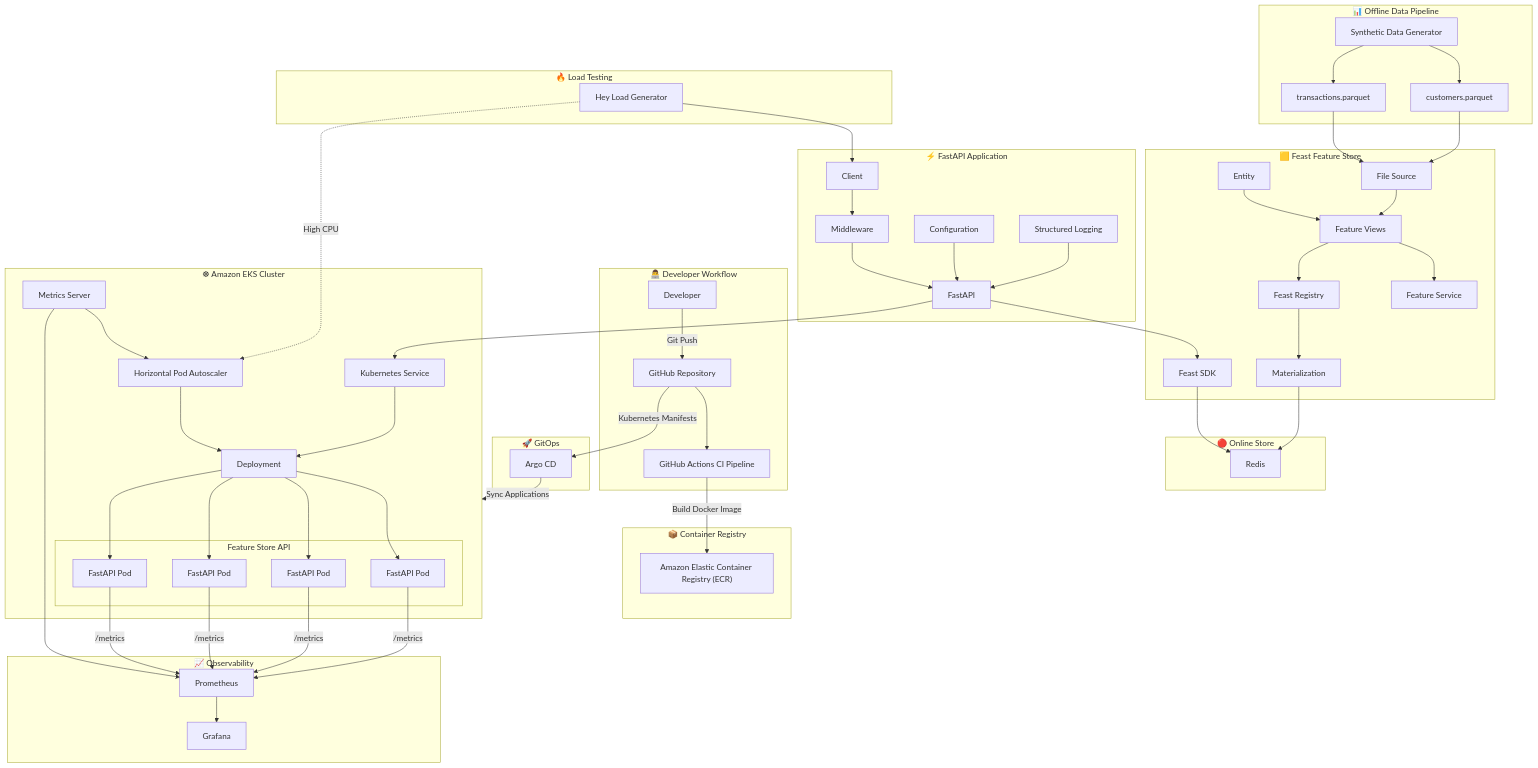
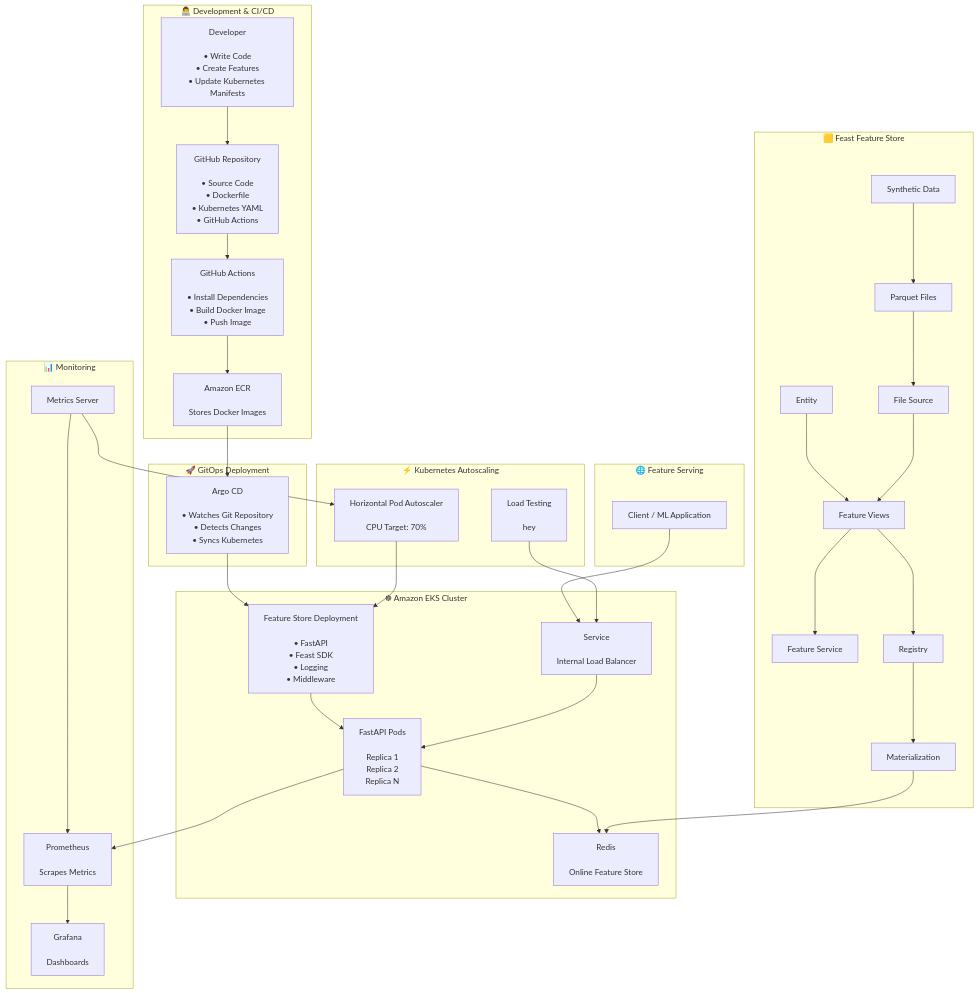
The diagram in 1.md (kornurabindranath-ctrl/MLOPS), drawn with Mermaid before and after one commit.

````diff
--- a/1.md
+++ b/1.md
@@ -9,233 +9,183 @@
 ```mermaid
 flowchart TB
 
-%% ============================
-%% Developer & CI/CD
-%% ============================
+%% =====================================================
+%% DEVELOPMENT
+%% =====================================================
 
-subgraph DEV["👨‍💻 Developer Workflow"]
+subgraph DEV["👨‍💻 Development & CI/CD"]
 
-DEV1["Developer"]
+A["Developer
 
-GIT["GitHub Repository"]
+• Write Code
+• Create Features
+• Update Kubernetes Manifests"]
 
-CI["GitHub Actions CI Pipeline"]
+B["GitHub Repository
 
-DEV1 -->|Git Push| GIT
+• Source Code
+• Dockerfile
+• Kubernetes YAML
+• GitHub Actions"]
 
-GIT --> CI
+C["GitHub Actions
+
+• Install Dependencies
+• Build Docker Image
+• Push Image"]
+
+D["Amazon ECR
+
+Stores Docker Images"]
+
+A --> B
+B --> C
+C --> D
 
 end
 
 
-%% ============================
-%% Container Registry
-%% ============================
+%% =====================================================
+%% GITOPS
+%% =====================================================
 
-subgraph REG["📦 Container Registry"]
+subgraph GITOPS["🚀 GitOps Deployment"]
 
-ECR["Amazon Elastic Container Registry (ECR)"]
+E["Argo CD
+
+• Watches Git Repository
+• Detects Changes
+• Syncs Kubernetes"]
 
 end
 
-CI -->|Build Docker Image| ECR
+D --> E
 
 
-%% ============================
-%% GitOps
-%% ============================
+%% =====================================================
+%% KUBERNETES
+%% =====================================================
 
-subgraph GITOPS["🚀 GitOps"]
+subgraph K8S["☸ Amazon EKS Cluster"]
 
-ARGO["Argo CD"]
+F["Feature Store Deployment
+
+• FastAPI
+• Feast SDK
+• Logging
+• Middleware"]
+
+G["FastAPI Pods
+
+Replica 1
+Replica 2
+Replica N"]
+
+H["Redis
+
+Online Feature Store"]
+
+I["Service
+
+Internal Load Balancer"]
+
+F --> G
+G --> H
+I --> G
 
 end
 
-GIT -->|Kubernetes Manifests| ARGO
-
-ARGO -->|Sync Applications| EKS
+E --> F
 
 
-%% ============================
-%% Kubernetes
-%% ============================
+%% =====================================================
+%% FEATURE STORE
+%% =====================================================
 
-subgraph EKS["☸ Amazon EKS Cluster"]
+subgraph FEAST["🟨 Feast Feature Store"]
 
-ING["Kubernetes Service"]
+J["Synthetic Data"]
 
-subgraph APP["Feature Store API"]
+K["Parquet Files"]
 
-POD1["FastAPI Pod"]
+L["File Source"]
 
-POD2["FastAPI Pod"]
+M["Entity"]
 
-POD3["FastAPI Pod"]
+N["Feature Views"]
 
-POD4["FastAPI Pod"]
+O["Feature Service"]
+
+P["Registry"]
+
+Q["Materialization"]
+
+J --> K
+K --> L
+M --> N
+L --> N
+N --> O
+N --> P
+P --> Q
 
 end
 
-HPA["Horizontal Pod Autoscaler"]
+Q --> H
 
-MS["Metrics Server"]
 
-DEP["Deployment"]
+%% =====================================================
+%% CLIENT
+%% =====================================================
 
-ING --> DEP
+subgraph CLIENT["🌐 Feature Serving"]
 
-DEP --> POD1
+R["Client / ML Application"]
 
-DEP --> POD2
+end
 
-DEP --> POD3
+R --> I
 
-DEP --> POD4
 
-MS --> HPA
+%% =====================================================
+%% OBSERVABILITY
+%% =====================================================
 
-HPA --> DEP
+subgraph OBS["📊 Monitoring"]
+
+S["Prometheus
+
+Scrapes Metrics"]
+
+T["Grafana
+
+Dashboards"]
+
+U["Metrics Server"]
+
+G --> S
+S --> T
+U --> S
 
 end
 
 
-%% ============================
-%% Feature Store
-%% ============================
+%% =====================================================
+%% AUTOSCALING
+%% =====================================================
 
-subgraph FEAST["🟨 Feast Feature Store"]
+subgraph SCALE["⚡ Kubernetes Autoscaling"]
 
-ENTITY["Entity"]
+V["Horizontal Pod Autoscaler
 
-FS["File Source"]
+CPU Target: 70%"]
 
-FV["Feature Views"]
+W["Load Testing
 
-FSERVICE["Feature Service"]
+hey"]
 
-REGISTRY["Feast Registry"]
-
-MAT["Materialization"]
-
-SDK["Feast SDK"]
+U --> V
+V --> F
+W --> I
 
 end
-
-%% ============================
-%% Offline Data
-%% ============================
-
-subgraph DATA["📊 Offline Data Pipeline"]
-
-GEN["Synthetic Data Generator"]
-
-CUSTOMERS["customers.parquet"]
-
-TRANSACTIONS["transactions.parquet"]
-
-GEN --> CUSTOMERS
-
-GEN --> TRANSACTIONS
-
-CUSTOMERS --> FS
-
-TRANSACTIONS --> FS
-
-end
-
-ENTITY --> FV
-
-FS --> FV
-
-FV --> FSERVICE
-
-FV --> REGISTRY
-
-REGISTRY --> MAT
-
-
-%% ============================
-%% Redis
-%% ============================
-
-subgraph REDIS["🔴 Online Store"]
-
-RED["Redis"]
-
-end
-
-MAT --> RED
-
-
-%% ============================
-%% API
-%% ============================
-
-subgraph API["⚡ FastAPI Application"]
-
-CLIENT["Client"]
-
-MIDDLE["Middleware"]
-
-CONFIG["Configuration"]
-
-LOGGING["Structured Logging"]
-
-FASTAPI["FastAPI"]
-
-CLIENT --> MIDDLE
-
-MIDDLE --> FASTAPI
-
-CONFIG --> FASTAPI
-
-LOGGING --> FASTAPI
-
-FASTAPI --> SDK
-
-SDK --> RED
-
-end
-
-FASTAPI --> ING
-
-
-%% ============================
-%% Monitoring
-%% ============================
-
-subgraph OBS["📈 Observability"]
-
-PROM["Prometheus"]
-
-GRAFANA["Grafana"]
-
-end
-
-POD1 -->|/metrics| PROM
-
-POD2 -->|/metrics| PROM
-
-POD3 -->|/metrics| PROM
-
-POD4 -->|/metrics| PROM
-
-PROM --> GRAFANA
-
-MS --> PROM
-
-
-%% ============================
-%% Load Testing
-%% ============================
-
-subgraph TEST["🔥 Load Testing"]
-
-HEY["Hey Load Generator"]
-
-end
-
-HEY --> CLIENT
-
-HEY -. High CPU .-> HPA
 ```
````
